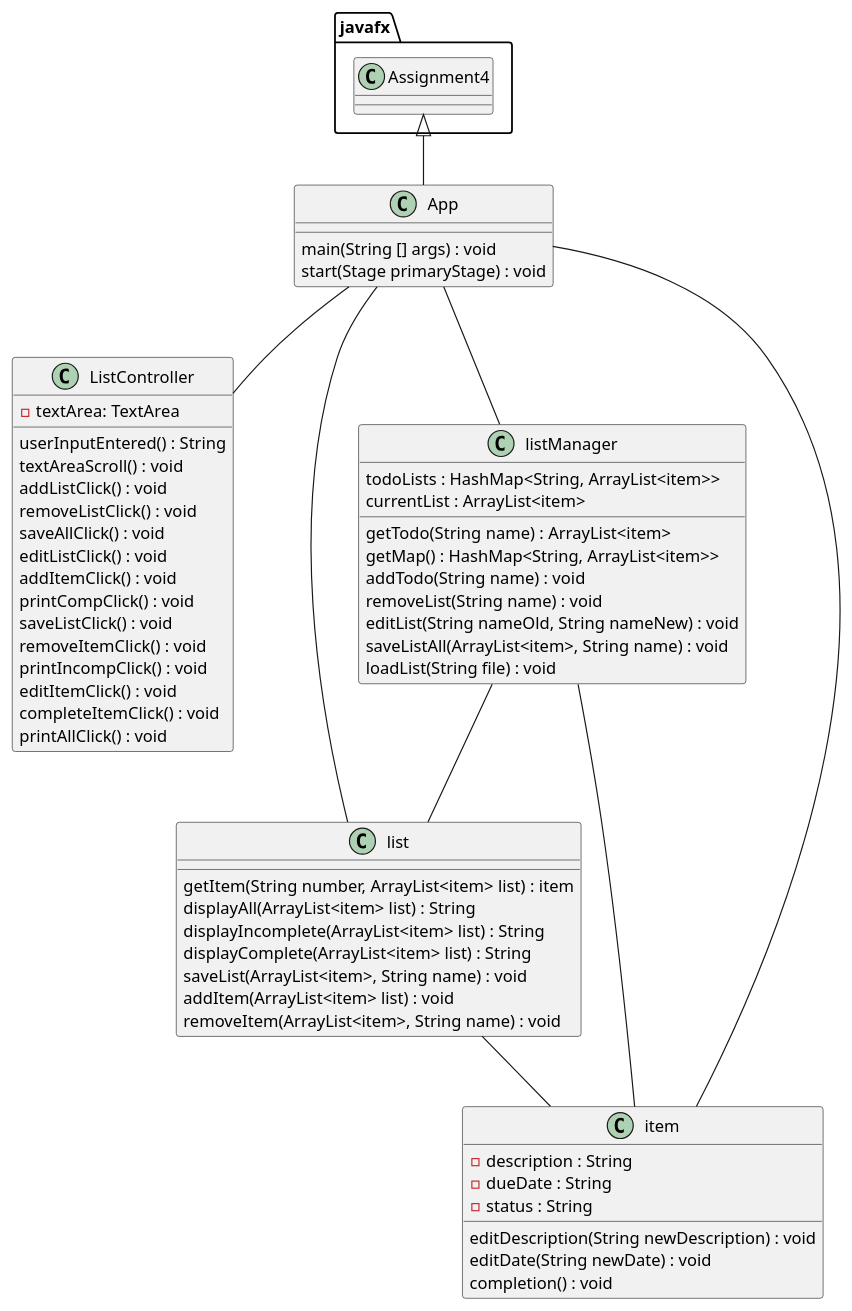
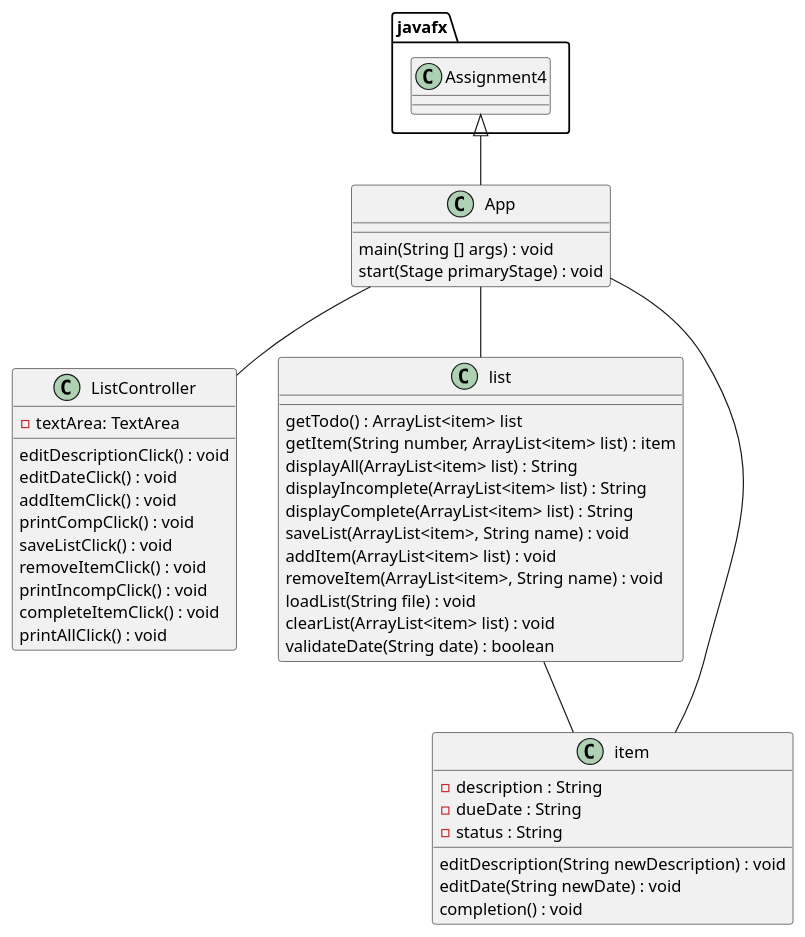
The diagram in uml/App.puml (JayEspinoza/espinoza-cop3330-assignment4part2), drawn with PlantUML before and after one commit. The commit also changed 9 other files, not shown here.

```diff
--- a/uml/App.puml
+++ b/uml/App.puml
@@ -1,79 +1,61 @@
 @startuml
 'https://plantuml.com/class-diagram
 
 class App
 class ListController
-class listManager
 class list
 class item
 
 
 javafx.Assignment4 <|-- App
 
 App -- ListController
-App -- listManager
 App -- list
 App -- item
-
-listManager -- list
-listManager -- item
 
 list -- item
 
 class App {
 main(String [] args) : void
 start(Stage primaryStage) : void
 }
 
-class listManager {
-todoLists : HashMap<String, ArrayList<item>>
-currentList : ArrayList<item>
-
-getTodo(String name) : ArrayList<item>
-getMap() : HashMap<String, ArrayList<item>>
-addTodo(String name) : void
-removeList(String name) : void
-editList(String nameOld, String nameNew) : void
-saveListAll(ArrayList<item>, String name) : void
-loadList(String file) : void
-}
 
 class list {
+getTodo() : ArrayList<item> list
 getItem(String number, ArrayList<item> list) : item
 displayAll(ArrayList<item> list) : String
 displayIncomplete(ArrayList<item> list) : String
 displayComplete(ArrayList<item> list) : String
 saveList(ArrayList<item>, String name) : void
 addItem(ArrayList<item> list) : void
 removeItem(ArrayList<item>, String name) : void
+loadList(String file) : void
+clearList(ArrayList<item> list) : void
+validateDate(String date) : boolean
 }
 
 class item {
 - description : String
 - dueDate : String
 - status : String
 
 editDescription(String newDescription) : void
 editDate(String newDate) : void
 completion() : void
 }
 
 class ListController {
 - textArea: TextArea
 
-userInputEntered() : String
-textAreaScroll() : void
-addListClick() : void
-removeListClick() : void
-saveAllClick() : void
-editListClick() : void
+editDescriptionClick() : void
+editDateClick() : void
 addItemClick() : void
 printCompClick() : void
 saveListClick() : void
 removeItemClick() : void
 printIncompClick() : void
-editItemClick() : void
 completeItemClick() : void
 printAllClick() : void
 }
 @enduml
```
